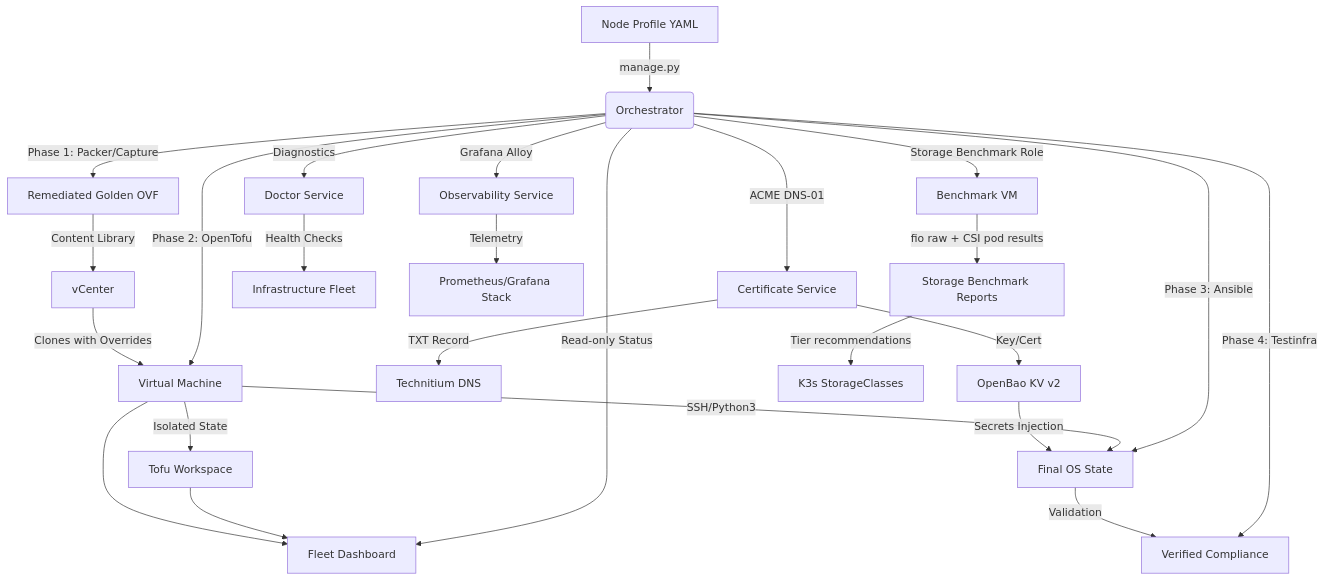
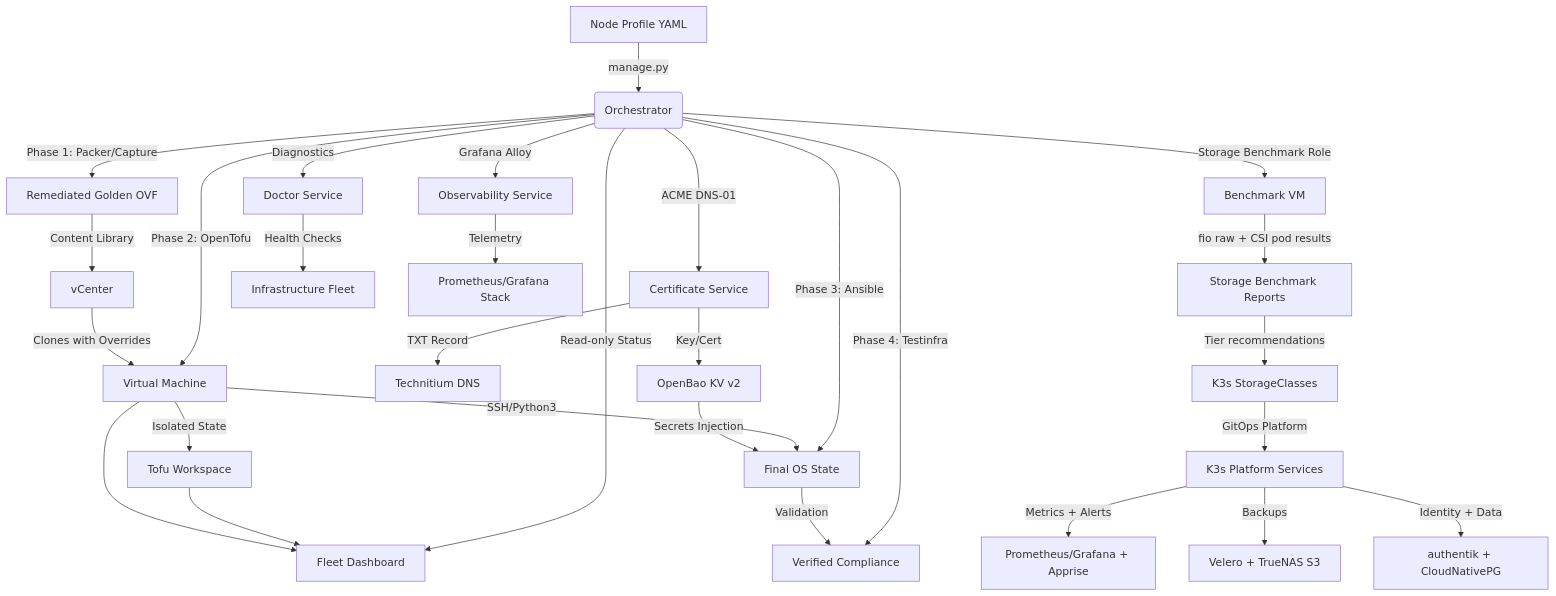
Before and after one commit to echoares-lab/homelab-gitops: the diagram in docs/DESIGN.md, drawn with Mermaid. The commit also changed other lines of this file and 44 other files, not shown here.

````diff
--- a/docs/DESIGN.md
+++ b/docs/DESIGN.md
@@ -9,27 +9,31 @@
 ```mermaid
 graph TD
     A[Node Profile YAML] -->|manage.py| B(Orchestrator)
     B -->|Phase 1: Packer/Capture| C[Remediated Golden OVF]
     C -->|Content Library| D[vCenter]
     B -->|Phase 2: OpenTofu| E[Virtual Machine]
     D -->|Clones with Overrides| E
     E -->|Isolated State| Workspace[Tofu Workspace]
     B -->|Phase 3: Ansible| F[Final OS State]
     E -->|SSH/Python3| F
     B -->|Phase 4: Testinfra| G[Verified Compliance]
     F -->|Validation| G
     B -->|Read-only Status| H[Fleet Dashboard]
     Workspace --> H
     E --> H
     B -->|ACME DNS-01| I[Certificate Service]
     I -->|TXT Record| J[Technitium DNS]
     I -->|Key/Cert| K[OpenBao KV v2]
     K -->|Secrets Injection| F
     B -->|Diagnostics| L[Doctor Service]
     L -->|Health Checks| M[Infrastructure Fleet]
     B -->|Grafana Alloy| N[Observability Service]
     N -->|Telemetry| O[Prometheus/Grafana Stack]
     B -->|Storage Benchmark Role| P[Benchmark VM]
     P -->|fio raw + CSI pod results| Q[Storage Benchmark Reports]
     Q -->|Tier recommendations| R[K3s StorageClasses]
+    R -->|GitOps Platform| S[K3s Platform Services]
+    S -->|Metrics + Alerts| T[Prometheus/Grafana + Apprise]
+    S -->|Backups| U[Velero + TrueNAS S3]
+    S -->|Identity + Data| V[authentik + CloudNativePG]
 ```
````
